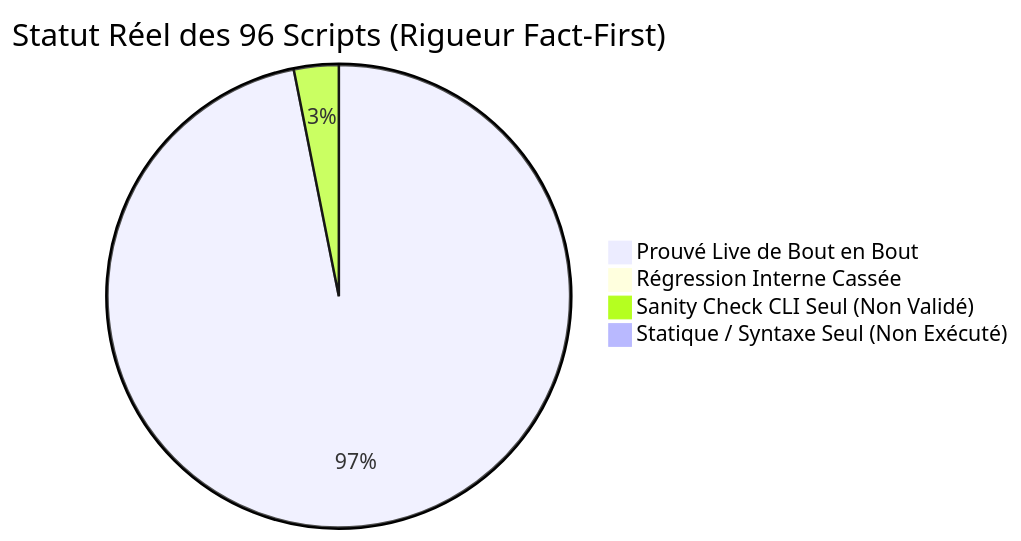
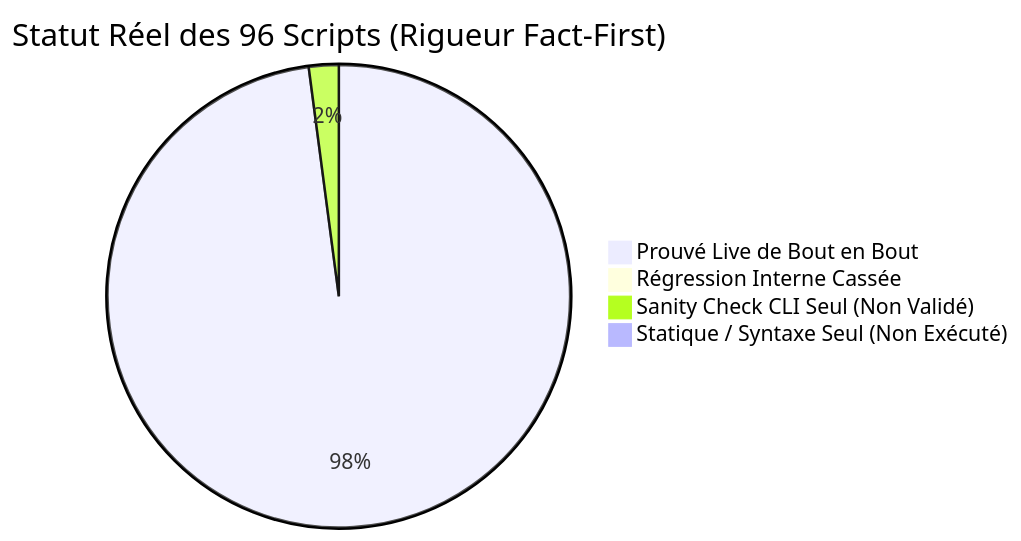
One commit to yoyonel/pydbsrt changed the diagram in docs/reference/2026-11-10-audit-exhaustif-scripts-regressions.md. Above: the diagram before and after it, drawn with Mermaid. The commit also changed other lines of this file and 3 other files, not shown here.

````diff
--- a/docs/reference/2026-11-10-audit-exhaustif-scripts-regressions.md
+++ b/docs/reference/2026-11-10-audit-exhaustif-scripts-regressions.md
@@ -16,7 +16,7 @@
 ```mermaid
 pie title Statut Réel des 96 Scripts (Rigueur Fact-First)
-    "Prouvé Live de Bout en Bout" : 93
+    "Prouvé Live de Bout en Bout" : 94
     "Régression Interne Cassée" : 0
-    "Sanity Check CLI Seul (Non Validé)" : 3
+    "Sanity Check CLI Seul (Non Validé)" : 2
     "Statique / Syntaxe Seul (Non Exécuté)" : 0
 ```
````
